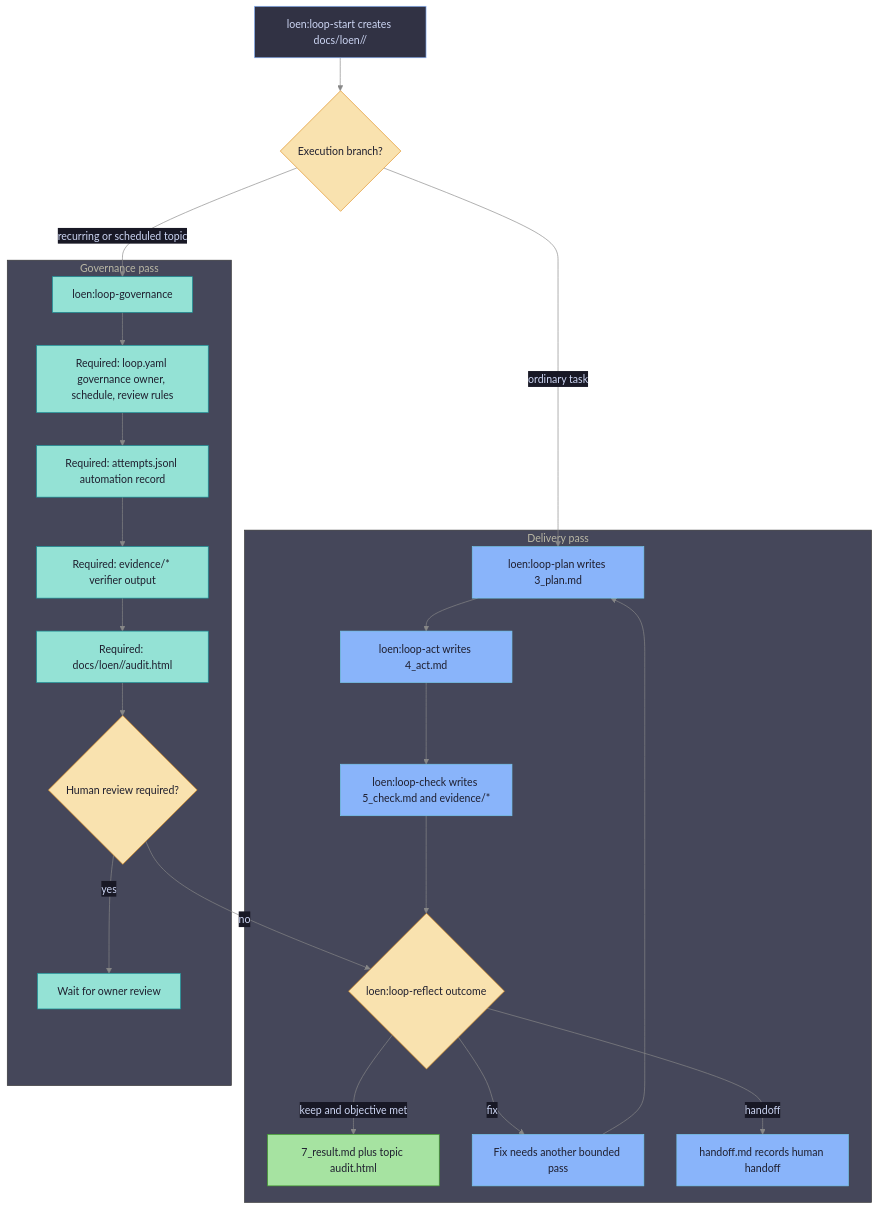
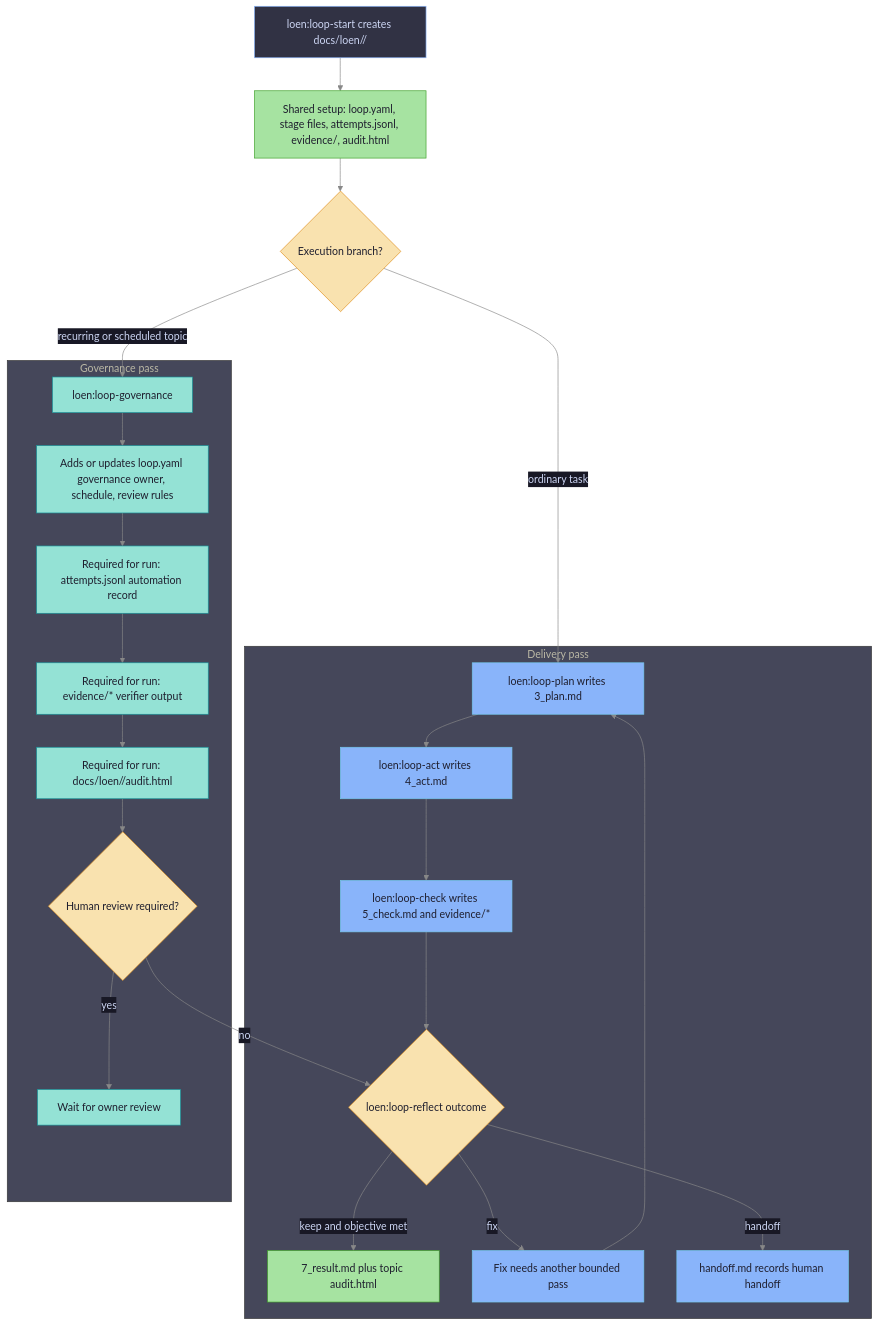
One commit to ikeniborn/icodex changed the second of 2 diagrams in .codex-isolated/plugins/cache/icodex-local/loen/0.1.0/README.md. Above: the diagram before and after it, drawn with Mermaid. The commit also changed other lines of this file and 6 other files, not shown here.

Commit message:
docs(loen): clarify governance branch entrypoint

````diff
--- a/.codex-isolated/plugins/cache/icodex-local/loen/0.1.0/README.md
+++ b/.codex-isolated/plugins/cache/icodex-local/loen/0.1.0/README.md
@@ -98,52 +98,53 @@
 ```mermaid
 %%{init: {'theme': 'base', 'themeVariables': {'background': '#1e1e2e', 'primaryColor': '#313244', 'primaryTextColor': '#cdd6f4', 'primaryBorderColor': '#89b4fa', 'lineColor': '#888888', 'secondaryColor': '#181825', 'tertiaryColor': '#45475a'}}}%%
 flowchart TD
-    StartTopic["loen:loop-start creates docs/loen/<topic>/"] --> Branch{"Execution branch?"}
+    StartTopic["loen:loop-start creates docs/loen/<topic>/"] --> SharedArtifacts["Shared setup: loop.yaml, stage files, attempts.jsonl, evidence/, audit.html"]
+    SharedArtifacts --> Branch{"Execution branch?"}
 
     subgraph delivery["Delivery pass"]
         PlanStep["loen:loop-plan writes 3_plan.md"]
         ActStep["loen:loop-act writes 4_act.md"]
         CheckStep["loen:loop-check writes 5_check.md and evidence/*"]
         ReflectStep{"loen:loop-reflect outcome"}
         ResultStep["7_result.md plus topic audit.html"]
         FixStep["Fix needs another bounded pass"]
         HandoffStep["handoff.md records human handoff"]
     end
 
     subgraph governance["Governance pass"]
         GovStep["loen:loop-governance"]
-        GovPolicy["Required: loop.yaml governance owner, schedule, review rules"]
-        GovAttempt["Required: attempts.jsonl automation record"]
-        GovEvidence["Required: evidence/* verifier output"]
-        GovAudit["Required: docs/loen/<topic>/audit.html"]
+        GovPolicy["Adds or updates loop.yaml governance owner, schedule, review rules"]
+        GovAttempt["Required for run: attempts.jsonl automation record"]
+        GovEvidence["Required for run: evidence/* verifier output"]
+        GovAudit["Required for run: docs/loen/<topic>/audit.html"]
         GovReview{"Human review required?"}
         GovWait["Wait for owner review"]
     end
 
     Branch -- "ordinary task" --> PlanStep
     PlanStep --> ActStep
     ActStep --> CheckStep
     CheckStep --> ReflectStep
     ReflectStep -- "keep and objective met" --> ResultStep
     ReflectStep -- "fix" --> FixStep
     FixStep --> PlanStep
     ReflectStep -- "handoff" --> HandoffStep
 
     Branch -- "recurring or scheduled topic" --> GovStep
     GovStep --> GovPolicy
     GovPolicy --> GovAttempt
     GovAttempt --> GovEvidence
     GovEvidence --> GovAudit
     GovAudit --> GovReview
     GovReview -- "yes" --> GovWait
     GovReview -- "no" --> ReflectStep
 
     classDef decision fill:#f9e2af,color:#1e1e2e,stroke:#df8e1d
     classDef deliveryClass fill:#89b4fa,color:#1e1e2e,stroke:#74c7ec
     classDef governanceClass fill:#94e2d5,color:#1e1e2e,stroke:#179299
     classDef artifactClass fill:#a6e3a1,color:#1e1e2e,stroke:#40a02b
     class Branch,ReflectStep,GovReview decision
     class PlanStep,ActStep,CheckStep,FixStep,HandoffStep deliveryClass
     class GovStep,GovPolicy,GovAttempt,GovEvidence,GovAudit,GovWait governanceClass
-    class ResultStep artifactClass
+    class SharedArtifacts,ResultStep artifactClass
 ```
````
